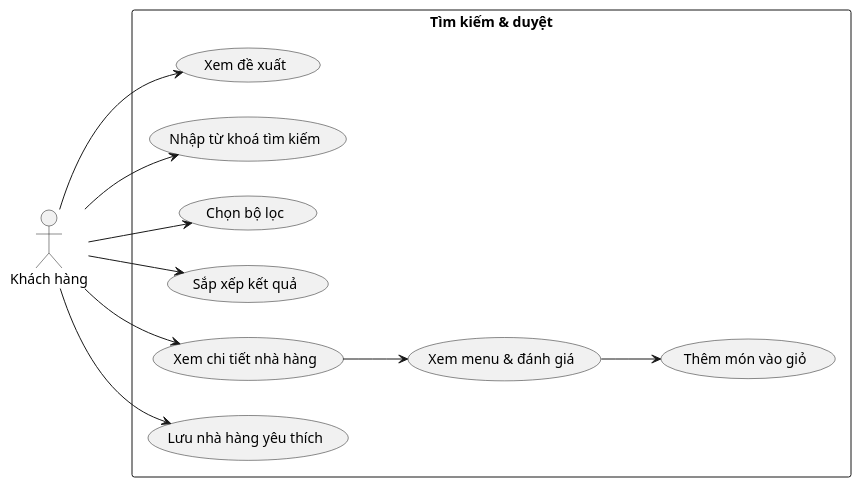
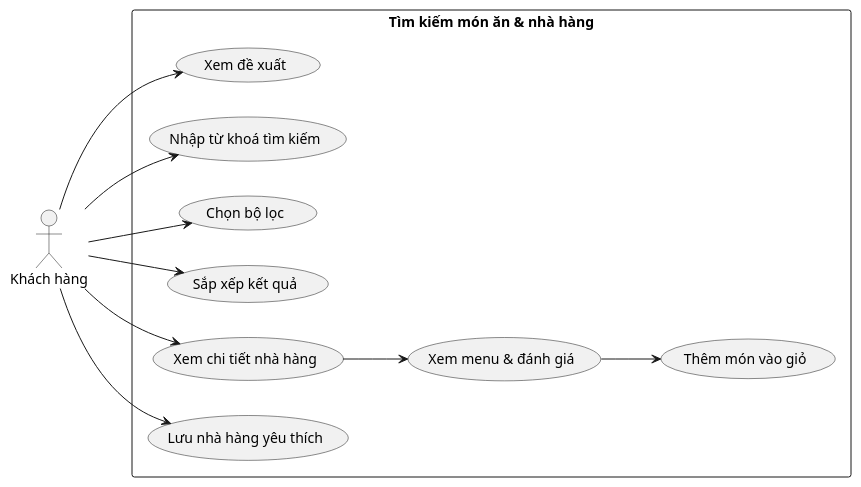
One commit to xuanhieu020223/FoodOderApp changed the sixth of 13 diagrams in UC_KhachHang_DacTa.md. Above: the diagram before and after it, drawn with PlantUML. The commit also changed other lines of this file and 27 other files, not shown here.

````diff
--- a/UC_KhachHang_DacTa.md
+++ b/UC_KhachHang_DacTa.md
@@ -268,29 +268,29 @@
 ```plantuml
 @startuml
 left to right direction
 
 actor "Khách hàng" as Customer
 
-rectangle "Tìm kiếm & duyệt" {
+rectangle "Tìm kiếm món ăn & nhà hàng" {
   usecase "Xem đề xuất" as BR1
   usecase "Nhập từ khoá tìm kiếm" as BR2
   usecase "Chọn bộ lọc" as BR3
   usecase "Sắp xếp kết quả" as BR4
   usecase "Xem chi tiết nhà hàng" as BR5
   usecase "Xem menu & đánh giá" as BR6
   usecase "Thêm món vào giỏ" as BR7
   usecase "Lưu nhà hàng yêu thích" as BR8
 }
 
 Customer --> BR1
 Customer --> BR2
 Customer --> BR3
 Customer --> BR4
 Customer --> BR5
 Customer --> BR8
 
 BR5 --> BR6
 BR6 --> BR7
 
 @enduml
 ```
````
